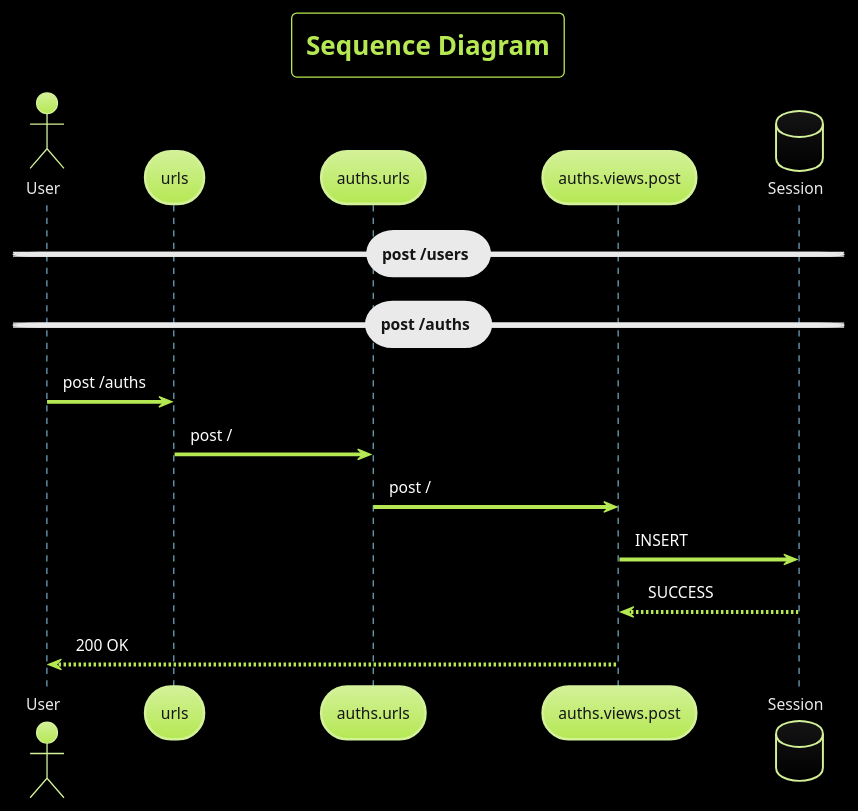
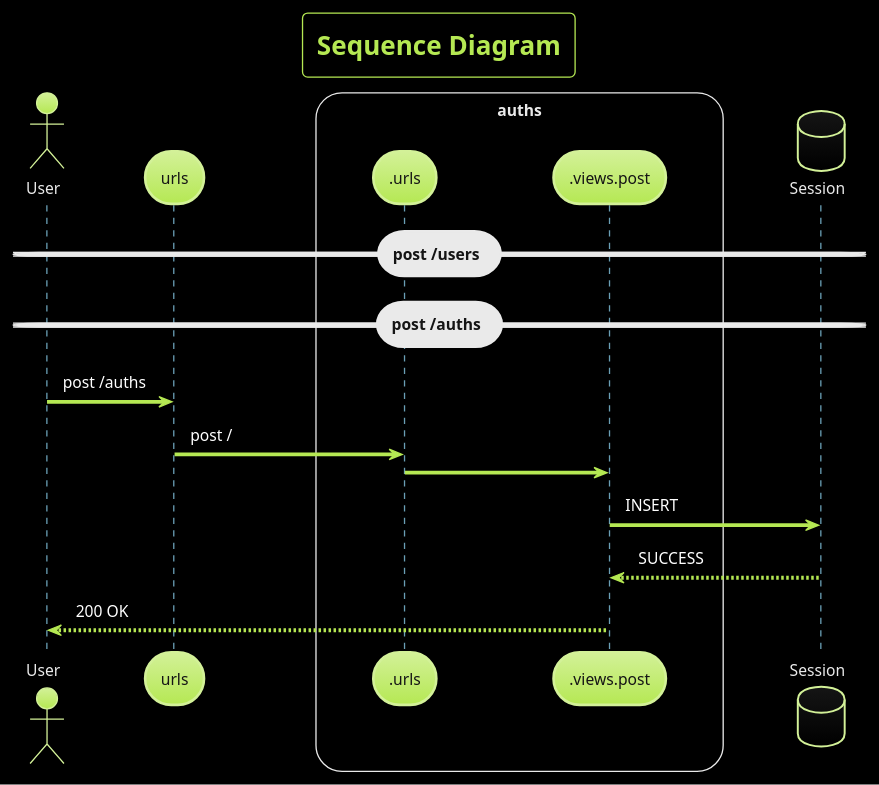
The third of 5 diagrams in design.plantuml (AdityaShenoy/FlipCart), drawn with PlantUML before and after one commit. The commit also changed other lines of this file, not shown here.

```diff
--- a/design.plantuml
+++ b/design.plantuml
@@ -48,21 +49,23 @@
 @startuml 3
 
     !theme hacker
     skinparam BackgroundColor black
     title "Sequence Diagram"
 
     actor User
     participant urls
-    participant auths.urls
-    participant auths.views.post
+    box auths
+    participant .urls
+    participant .views.post
+    end box
     database Session
 
     == post /users ==
     == post /auths ==
-    User             ->  urls             : post /auths
-    urls             ->  auths.urls       : post /
-    auths.urls       ->  auths.views.post : post /
-    auths.views.post ->  Session          : INSERT
-    auths.views.post <-- Session          : SUCCESS
-    User             <-- auths.views.post : 200 OK
+    User        ->  urls        : post /auths
+    urls        ->  .urls       : post /
+    .urls       ->  .views.post :
+    .views.post ->  Session     : INSERT
+    .views.post <-- Session     : SUCCESS
+    User        <-- .views.post : 200 OK
 @enduml
```
